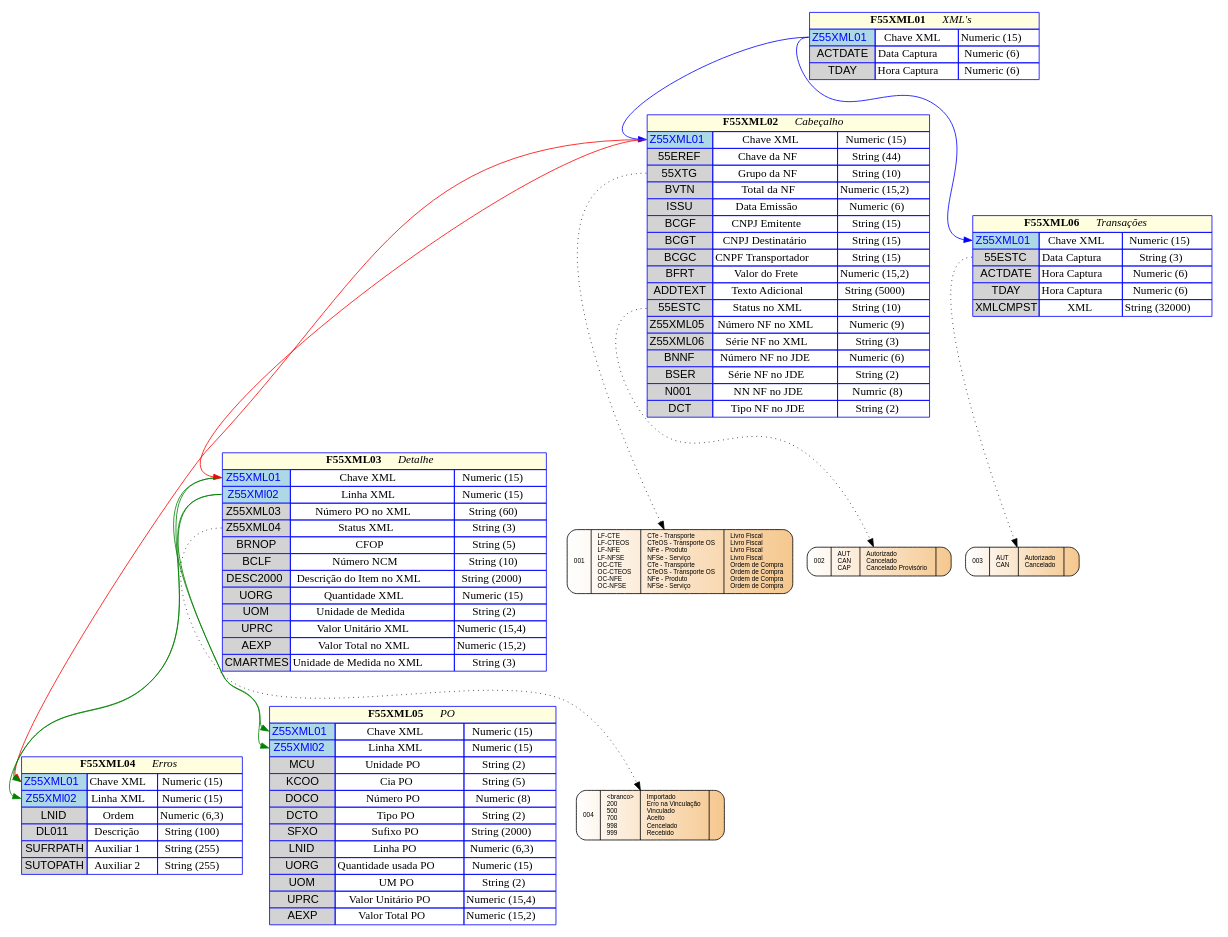
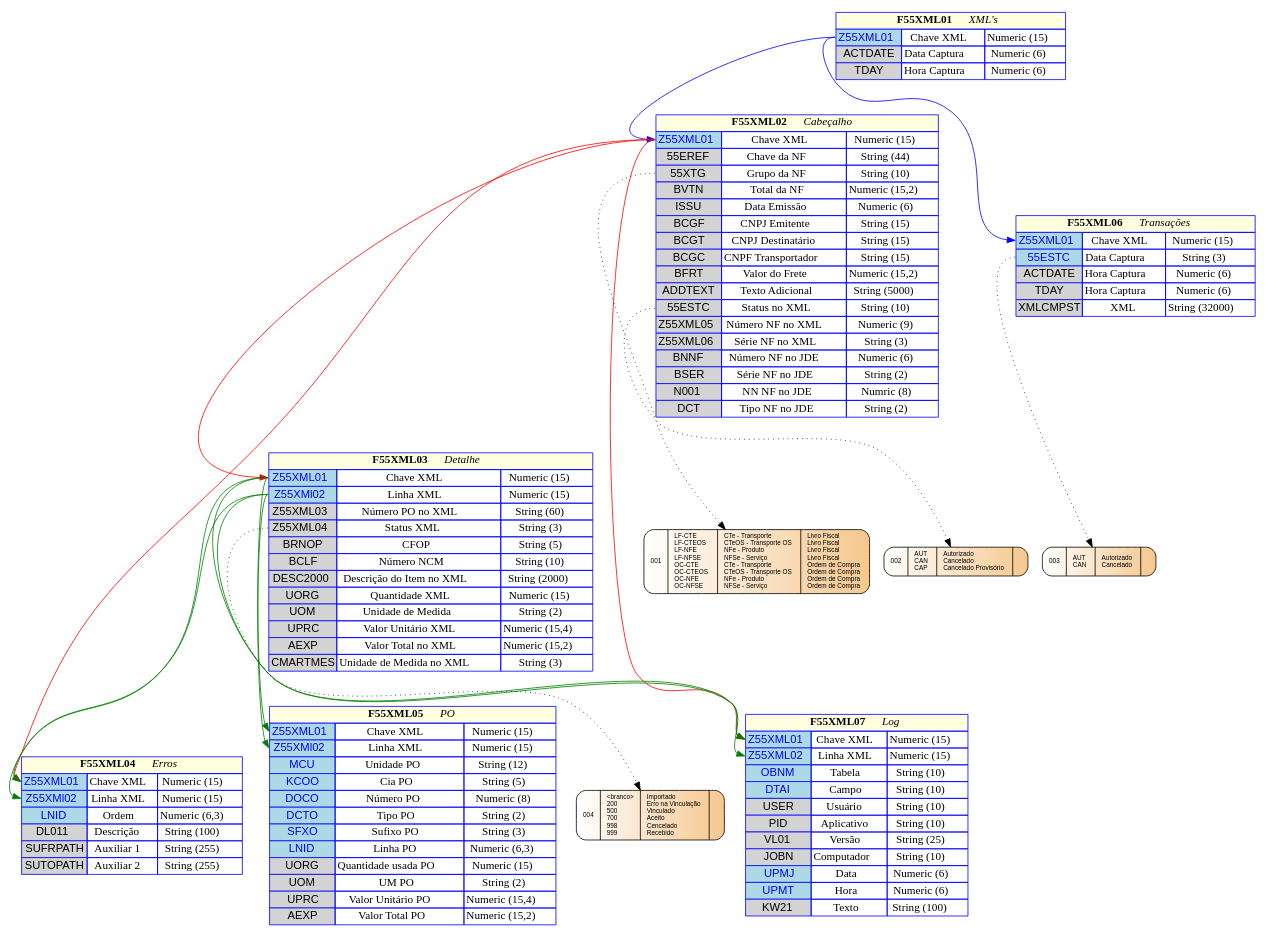
One commit to GiovaniPM/Graphs changed the diagram in ER XML - novo.gv. Above: the diagram before and after it, drawn with Graphviz. The commit also changed 1 other file, not shown here.

```diff
--- a/ER XML - novo.gv
+++ b/ER XML - novo.gv
@@ -63,7 +63,7 @@
        <tr><td colspan="3" bgcolor="lightyellow"><b>F55XML04</b> <i>Erros</i></td></tr>
        <tr><td port='col01' bgcolor="lightblue"><font face="helvetica" color="blue">Z55XML01</font></td><td>Chave XML</td><td>Numeric (15)</td></tr>
        <tr><td port='col02' bgcolor="lightblue"><font face="helvetica" color="blue">Z55XMl02</font></td><td>Linha XML</td><td>Numeric (15)</td></tr>
-       <tr><td port='col03' bgcolor="lightgray"><font face="helvetica" color="black">LNID</font></td><td>Ordem</td><td>Numeric (6,3)</td></tr>
+       <tr><td port='col03' bgcolor="lightblue"><font face="helvetica" color="blue">LNID</font></td><td>Ordem</td><td>Numeric (6,3)</td></tr>
        <tr><td port='col04' bgcolor="lightgray"><font face="helvetica" color="black">DL011</font></td><td>Descrição</td><td>String (100)</td></tr>
        <tr><td port='col04' bgcolor="lightgray"><font face="helvetica" color="black">SUFRPATH</font></td><td>Auxiliar 1</td><td>String (255)</td></tr>
        <tr><td port='col04' bgcolor="lightgray"><font face="helvetica" color="black">SUTOPATH</font></td><td>Auxiliar 2</td><td>String (255)</td></tr>
@@ -77,12 +77,12 @@
        <tr><td colspan="3" bgcolor="lightyellow"><b>F55XML05</b> <i>PO</i></td></tr>
        <tr><td port='col01' bgcolor="lightblue"><font face="helvetica" color="blue">Z55XML01</font></td><td>Chave XML</td><td>Numeric (15)</td></tr>
        <tr><td port='col02' bgcolor="lightblue"><font face="helvetica" color="blue">Z55XMl02</font></td><td>Linha XML</td><td>Numeric (15)</td></tr>
-       <tr><td port='col03' bgcolor="lightgray"><font face="helvetica" color="black">MCU</font></td><td>Unidade PO</td><td>String (2)</td></tr>
-       <tr><td port='col04' bgcolor="lightgray"><font face="helvetica" color="black">KCOO</font></td><td>Cia PO</td><td>String (5)</td></tr>
-       <tr><td port='col05' bgcolor="lightgray"><font face="helvetica" color="black">DOCO</font></td><td>Número PO</td><td>Numeric (8)</td></tr>
-       <tr><td port='col06' bgcolor="lightgray"><font face="helvetica" color="black">DCTO</font></td><td>Tipo PO</td><td>String (2)</td></tr>
-       <tr><td port='col07' bgcolor="lightgray"><font face="helvetica" color="black">SFXO</font></td><td>Sufixo PO</td><td>String (2000)</td></tr>
-       <tr><td port='col08' bgcolor="lightgray"><font face="helvetica" color="black">LNID</font></td><td>Linha PO</td><td>Numeric (6,3)</td></tr>
+       <tr><td port='col03' bgcolor="lightblue"><font face="helvetica" color="blue">MCU</font></td><td>Unidade PO</td><td>String (12)</td></tr>
+       <tr><td port='col04' bgcolor="lightblue"><font face="helvetica" color="blue">KCOO</font></td><td>Cia PO</td><td>String (5)</td></tr>
+       <tr><td port='col05' bgcolor="lightblue"><font face="helvetica" color="blue">DOCO</font></td><td>Número PO</td><td>Numeric (8)</td></tr>
+       <tr><td port='col06' bgcolor="lightblue"><font face="helvetica" color="blue">DCTO</font></td><td>Tipo PO</td><td>String (2)</td></tr>
+       <tr><td port='col07' bgcolor="lightblue"><font face="helvetica" color="blue">SFXO</font></td><td>Sufixo PO</td><td>String (3)</td></tr>
+       <tr><td port='col08' bgcolor="lightblue"><font face="helvetica" color="blue">LNID</font></td><td>Linha PO</td><td>Numeric (6,3)</td></tr>
        <tr><td port='col09' bgcolor="lightgray"><font face="helvetica" color="black">UORG</font></td><td>Quantidade usada PO</td><td>Numeric (15)</td></tr>
        <tr><td port='col10' bgcolor="lightgray"><font face="helvetica" color="black">UOM</font></td><td>UM PO</td><td>String (2)</td></tr>
        <tr><td port='col11' bgcolor="lightgray"><font face="helvetica" color="black">UPRC</font></td><td>Valor Unitário PO</td><td>Numeric (15,4)</td></tr>
@@ -96,10 +96,29 @@
      <table border='0' cellborder='1' color='blue' cellspacing='0'>
        <tr><td colspan="3" bgcolor="lightyellow"><b>F55XML06</b> <i>Transações</i></td></tr>
        <tr><td port='col01' bgcolor="lightblue"><font face="helvetica" color="blue">Z55XML01</font></td><td>Chave XML</td><td>Numeric (15)</td></tr>
-       <tr><td port='col02' bgcolor="lightgray"><font face="helvetica" color="black">55ESTC</font></td><td>Data Captura</td><td>String (3)</td></tr>
+       <tr><td port='col02' bgcolor="lightblue"><font face="helvetica" color="blue">55ESTC</font></td><td>Data Captura</td><td>String (3)</td></tr>
        <tr><td port='col03' bgcolor="lightgray"><font face="helvetica" color="black">ACTDATE</font></td><td>Hora Captura</td><td>Numeric (6)</td></tr>
        <tr><td port='col04' bgcolor="lightgray"><font face="helvetica" color="black">TDAY</font></td><td>Hora Captura</td><td>Numeric (6)</td></tr>
        <tr><td port='col05' bgcolor="lightgray"><font face="helvetica" color="black">XMLCMPST</font></td><td>XML</td><td>String (32000)</td></tr>
+     </table>
+  >];
+
+  tabela07 [
+   shape=none
+   label=<
+     <table border='0' cellborder='1' color='blue' cellspacing='0'>
+       <tr><td colspan="3" bgcolor="lightyellow"><b>F55XML07</b> <i>Log</i></td></tr>
+       <tr><td port='col01' bgcolor="lightblue"><font face="helvetica" color="blue">Z55XML01</font></td><td>Chave XML</td><td>Numeric (15)</td></tr>
+       <tr><td port='col02' bgcolor="lightblue"><font face="helvetica" color="blue">Z55XML02</font></td><td>Linha XML</td><td>Numeric (15)</td></tr>
+       <tr><td port='col03' bgcolor="lightblue"><font face="helvetica" color="blue">OBNM</font></td><td>Tabela</td><td>String (10)</td></tr>
+       <tr><td port='col04' bgcolor="lightblue"><font face="helvetica" color="blue">DTAI</font></td><td>Campo</td><td>String (10)</td></tr>
+       <tr><td port='col05' bgcolor="lightgray"><font face="helvetica" color="black">USER</font></td><td>Usuário</td><td>String (10)</td></tr>
+       <tr><td port='col06' bgcolor="lightgray"><font face="helvetica" color="black">PID</font></td><td>Aplicativo</td><td>String (10)</td></tr>
+       <tr><td port='col07' bgcolor="lightgray"><font face="helvetica" color="black">VL01</font></td><td>Versão</td><td>String (25)</td></tr>
+       <tr><td port='col08' bgcolor="lightgray"><font face="helvetica" color="black">JOBN</font></td><td>Computador</td><td>String (10)</td></tr>
+       <tr><td port='col09' bgcolor="lightblue"><font face="helvetica" color="blue">UPMJ</font></td><td>Data</td><td>Numeric (6)</td></tr>
+       <tr><td port='col10' bgcolor="lightblue"><font face="helvetica" color="blue">UPMT</font></td><td>Hora</td><td>Numeric (6)</td></tr>
+       <tr><td port='col11' bgcolor="lightgray"><font face="helvetica" color="black">KW21</font></td><td>Texto</td><td>String (100)</td></tr>
      </table>
   >];
 
@@ -185,12 +204,15 @@
   tabela01:col01 -> tabela06:col01 [color="blue"];
   tabela02:col01 -> tabela03:col01 [color="red"];
   tabela02:col01 -> tabela04:col01 [color="red"];
+  tabela02:col01 -> tabela07:col01 [color="red"];
   tabela02:col03 -> node001 [style="dotted"];
   tabela02:col11 -> node002 [style="dotted"];
   tabela03:col01 -> tabela04:col01 [color="green"];
   tabela03:col02 -> tabela04:col02 [color="green"];
   tabela03:col01 -> tabela05:col01 [color="green"];
   tabela03:col02 -> tabela05:col02 [color="green"];
+  tabela03:col01 -> tabela07:col01 [color="green"];
+  tabela03:col02 -> tabela07:col02 [color="green"];
   tabela03:col04 -> node004 [style="dotted"];
   tabela06:col02 -> node003 [style="dotted"];
 
```
